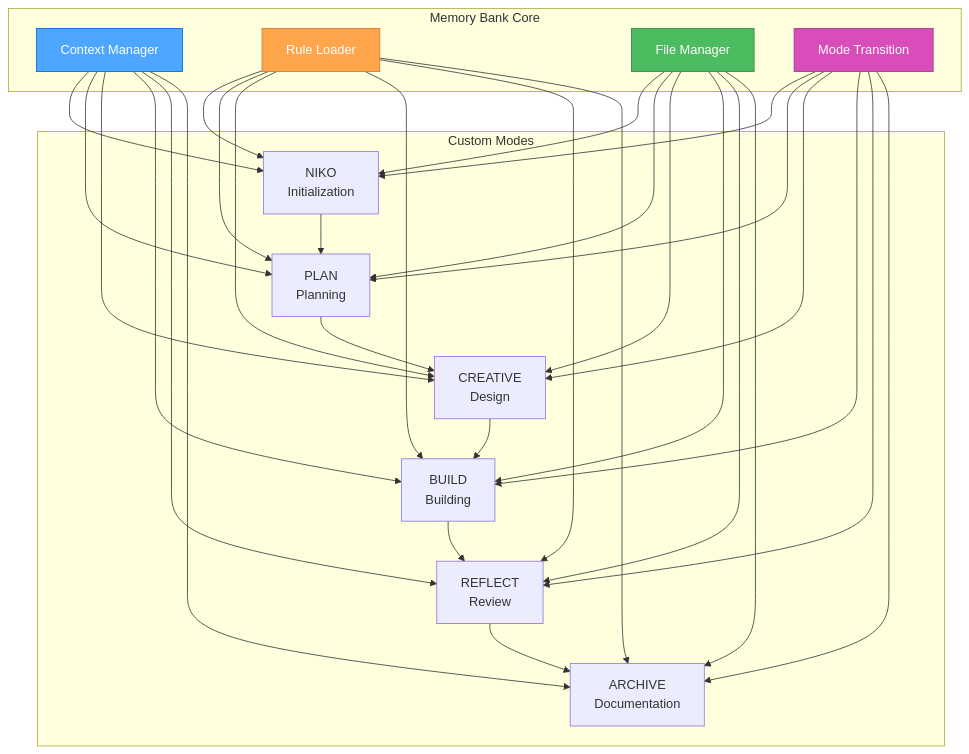
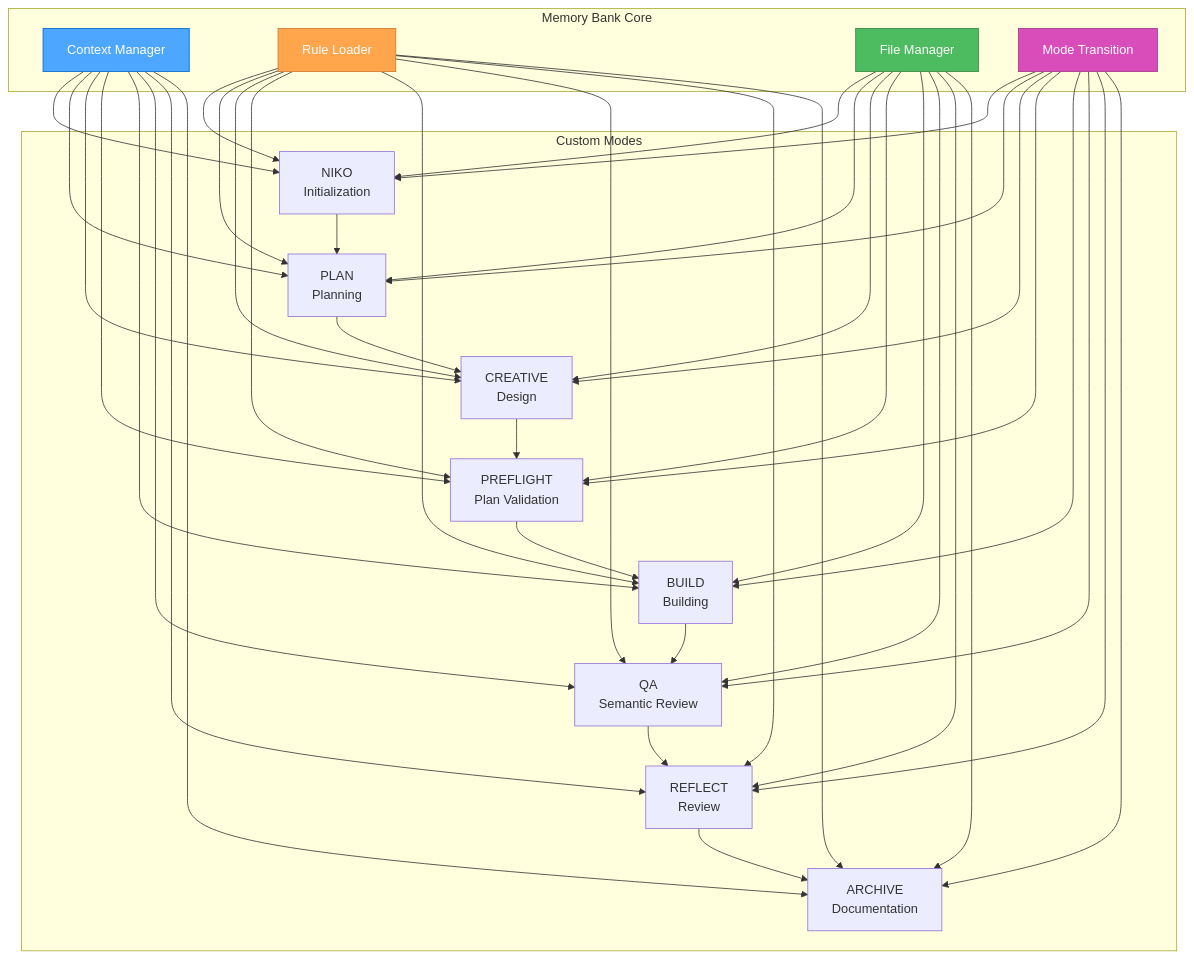
The first of 6 diagrams in rulesets/niko/niko/main.mdc (Texarkanine/.cursor-rules), drawn with Mermaid before and after one commit. The commit also changed other lines of this file and 22 other files, not shown here.

````diff
--- a/rulesets/niko/niko/main.mdc
+++ b/rulesets/niko/niko/main.mdc
@@ -16,34 +16,38 @@
 ```mermaid
 graph TD
     subgraph "Memory Bank Core"
         Context["Context Manager"]
         Rules["Rule Loader"]
         FileIO["File Manager"]
         Transition["Mode Transition"]
     end
     
     subgraph "Custom Modes"
         NIKO["NIKO<br>Initialization"]
         PLAN["PLAN<br>Planning"]
         CREATIVE["CREATIVE<br>Design"]
+        PREFLIGHT["PREFLIGHT<br>Plan Validation"]
         BUILD["BUILD<br>Building"]
+        QA["QA<br>Semantic Review"]
         REFLECT["REFLECT<br>Review"]
         ARCHIVE["ARCHIVE<br>Documentation"]
     end
-    
-    Context --> NIKO & PLAN & CREATIVE & BUILD & REFLECT & ARCHIVE
-    Rules --> NIKO & PLAN & CREATIVE & BUILD & REFLECT & ARCHIVE
-    FileIO --> NIKO & PLAN & CREATIVE & BUILD & REFLECT & ARCHIVE
-    Transition --> NIKO & PLAN & CREATIVE & BUILD & REFLECT & ARCHIVE
-    
+
+    Context --> NIKO & PLAN & CREATIVE & PREFLIGHT & BUILD & QA & REFLECT & ARCHIVE
+    Rules --> NIKO & PLAN & CREATIVE & PREFLIGHT & BUILD & QA & REFLECT & ARCHIVE
+    FileIO --> NIKO & PLAN & CREATIVE & PREFLIGHT & BUILD & QA & REFLECT & ARCHIVE
+    Transition --> NIKO & PLAN & CREATIVE & PREFLIGHT & BUILD & QA & REFLECT & ARCHIVE
+
     NIKO --> PLAN
     PLAN --> CREATIVE
-    CREATIVE --> BUILD
-    BUILD --> REFLECT
+    CREATIVE --> PREFLIGHT
+    PREFLIGHT --> BUILD
+    BUILD --> QA
+    QA --> REFLECT
     REFLECT --> ARCHIVE
     
     style Context fill:#4da6ff,stroke:#0066cc,color:white
     style Rules fill:#ffa64d,stroke:#cc7a30,color:white
     style FileIO fill:#4dbb5f,stroke:#36873f,color:white
     style Transition fill:#d94dbb,stroke:#a3378a,color:white
 ```
````
